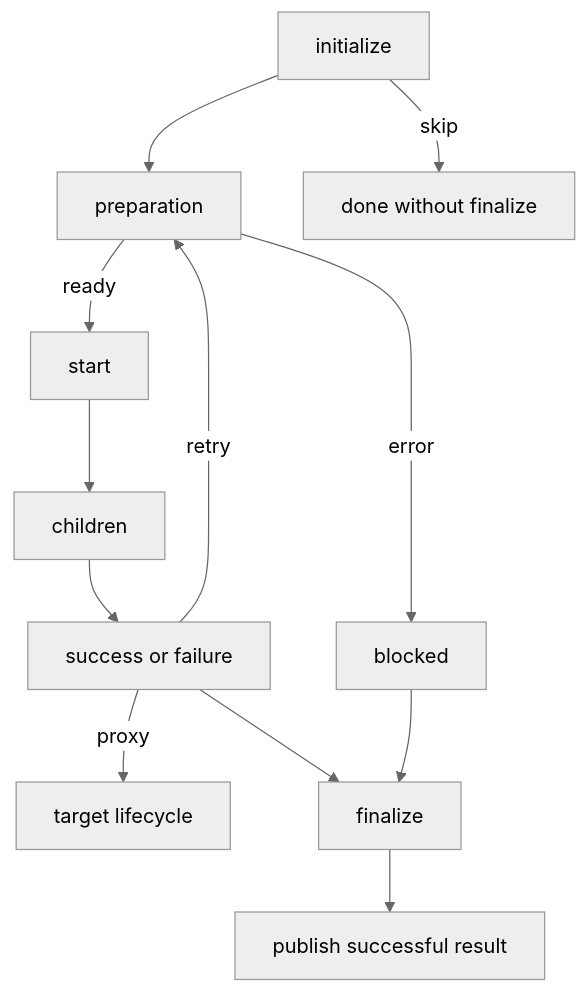
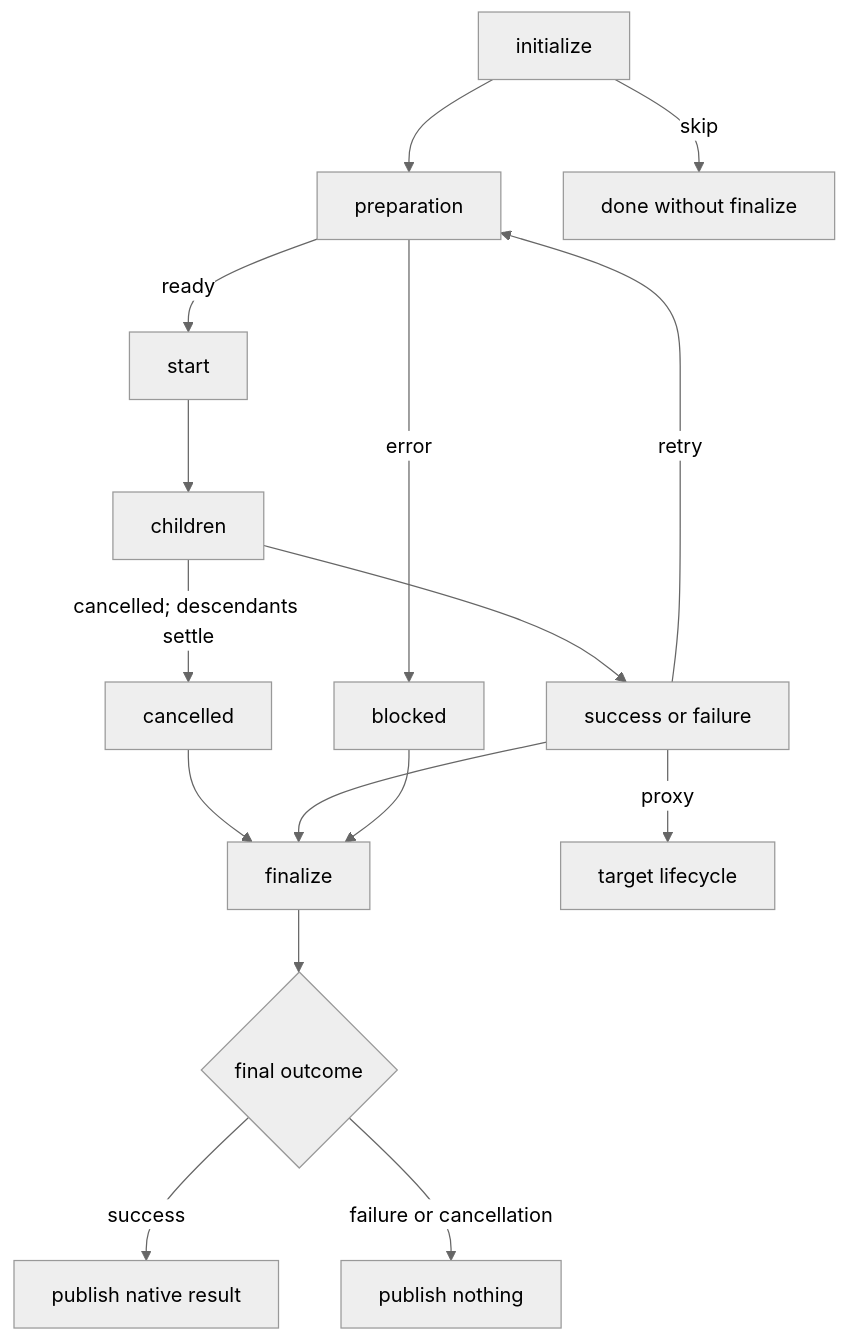
Before and after one commit to yankeeinlondon/rusty-biscuit: the second of 4 diagrams in claudine/docs/topics/flow-control/sequences.md, drawn with Mermaid (neutral theme). The commit also changed other lines of this file and 84 other files, not shown here.

First line of the commit message:
docs(claudine): document sequence containers and research workflows

````diff
--- a/claudine/docs/topics/flow-control/sequences.md
+++ b/claudine/docs/topics/flow-control/sequences.md
@@ -845,14 +849,18 @@
 ```mermaid
 flowchart TD
     I[initialize] --> P[preparation]
     I -->|skip| X[done without finalize]
     P -->|ready| S[start]
     P -->|error| B[blocked]
     S --> C[children]
     C --> T[success or failure]
+    C -->|cancelled; descendants settle| K[cancelled]
+    K --> F
     T -->|retry| P
     T -->|proxy| H[target lifecycle]
     T --> F[finalize]
     B --> F
-    F --> R[publish successful result]
+    F --> R{final outcome}
+    R -->|success| O[publish native result]
+    R -->|failure or cancellation| E[publish nothing]
 ```
````
